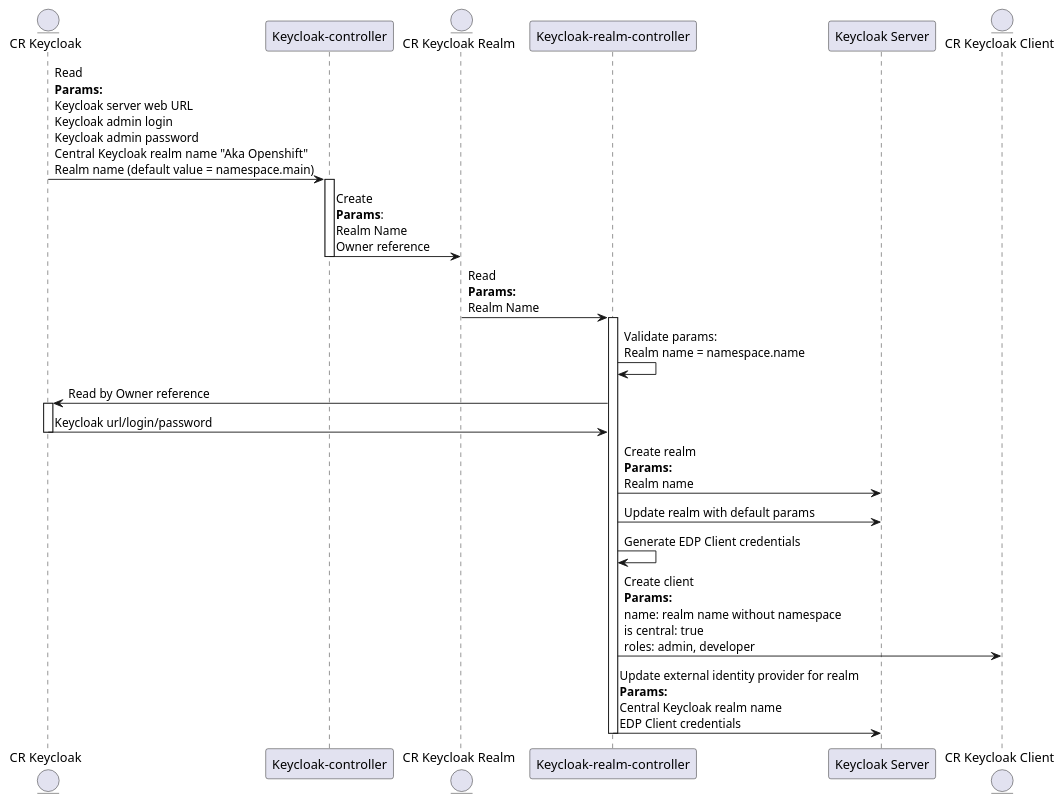
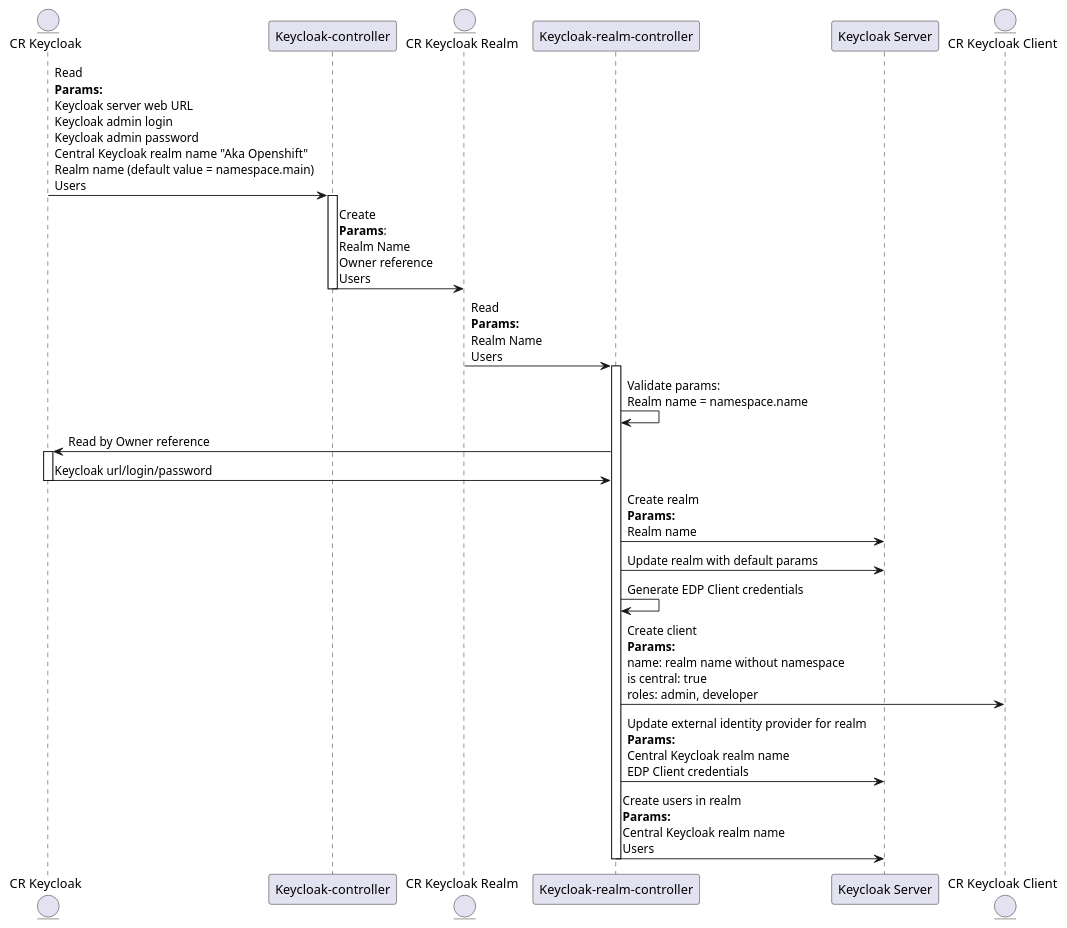
One commit to epam/edp-architecture changed the diagram in module-based-acrhitecture/keycloak/keycloak-realm-controller.puml. Above: the diagram before and after it, drawn with PlantUML.

Commit message:
Add realm user creation flow

```diff
--- a/module-based-acrhitecture/keycloak/keycloak-realm-controller.puml
+++ b/module-based-acrhitecture/keycloak/keycloak-realm-controller.puml
@@ -1,51 +1,59 @@
 @startuml
 entity "CR Keycloak" as cr_keycloak
 participant "Keycloak-controller" as keycloak_controller
 entity "CR Keycloak Realm" as cr_realm
 participant "Keycloak-realm-controller" as keycloak_realm_controller
 
 participant "Keycloak Server" as server
 entity "CR Keycloak Client" as cr_client
 
 cr_keycloak -> keycloak_controller: Read \n\
 **Params:** \n\
 Keycloak server web URL \n\
 Keycloak admin login \n\
 Keycloak admin password \n\
 Central Keycloak realm name "Aka Openshift" \n\
-Realm name (default value = namespace.main)
+Realm name (default value = namespace.main) \n\
+Users
 
 activate keycloak_controller
 keycloak_controller -> cr_realm: Create \n\
 **Params**: \n\
 Realm Name \n\
-Owner reference
+Owner reference \n\
+Users
 deactivate keycloak_controller
 
-cr_realm -> keycloak_realm_controller: Read\n**Params:**\nRealm Name
+cr_realm -> keycloak_realm_controller: Read\n**Params:**\nRealm Name\nUsers
 
 activate keycloak_realm_controller
 keycloak_realm_controller -> keycloak_realm_controller: Validate params:\nRealm name = namespace.name
 keycloak_realm_controller -> cr_keycloak: Read by Owner reference
 activate cr_keycloak
 cr_keycloak -> keycloak_realm_controller: Keycloak url/login/password
 deactivate cr_keycloak
 keycloak_realm_controller -> server: Create realm\n**Params:**\nRealm name
 keycloak_realm_controller -> server: Update realm with default params
 keycloak_realm_controller -> keycloak_realm_controller: Generate EDP Client credentials
 keycloak_realm_controller -> cr_client: \
 Create client \n\
 **Params:** \n\
 name: realm name without namespace \n\
 is central: true \n\
 roles: admin, developer
 
 keycloak_realm_controller -> server: \
 Update external identity provider for realm \n\
 **Params:** \n\
 Central Keycloak realm name \n\
 EDP Client credentials
 
+keycloak_realm_controller -> server: \
+Create users in realm \n\
+**Params:** \n\
+Central Keycloak realm name \n\
+Users
+
 deactivate keycloak_realm_controller
 
 @enduml
```
